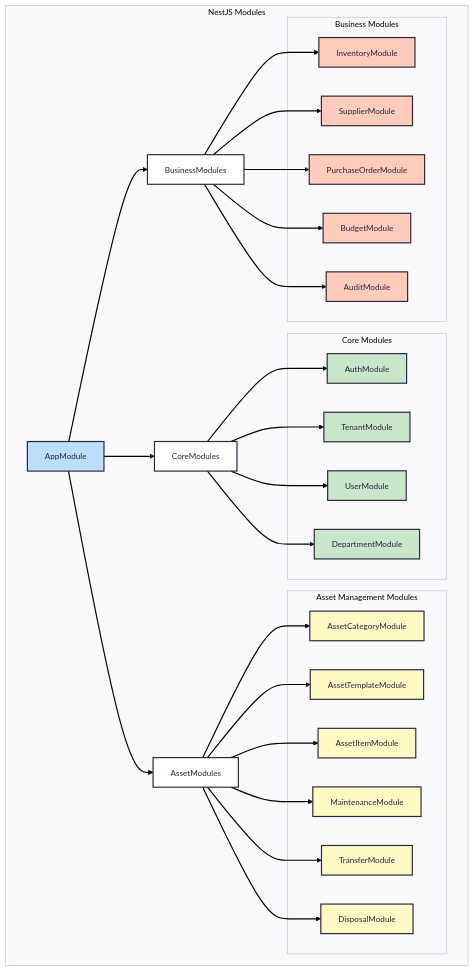
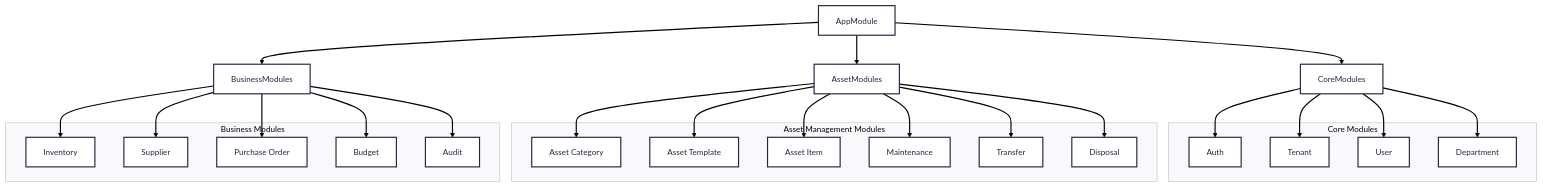
Before and after one commit to philongdanh/asset-manager: the first of 2 diagrams in docs/architecture/01-system-overview.md, drawn with Mermaid. The commit also changed other lines of this file and 1 other file, not shown here.

````diff
--- a/docs/architecture/01-system-overview.md
+++ b/docs/architecture/01-system-overview.md
@@ -37,61 +37,35 @@
 ```mermaid
 ---
 config:
   theme: redux
   layout: dagre
   themeVariables:
     fontFamily: EB Garamond
 ---
 flowchart TB
  subgraph subGraph0["Core Modules"]
-        AuthModule["AuthModule"]
-        TenantModule["TenantModule"]
-        UserModule["UserModule"]
-        DepartmentModule["DepartmentModule"]
+        AuthModule["Auth"]
+        TenantModule["Tenant"]
+        UserModule["User"]
+        DepartmentModule["Department"]
   end
  subgraph subGraph1["Asset Management Modules"]
-        AssetCategoryModule["AssetCategoryModule"]
-        AssetTemplateModule["AssetTemplateModule"]
-        AssetItemModule["AssetItemModule"]
-        MaintenanceModule["MaintenanceModule"]
-        TransferModule["TransferModule"]
-        DisposalModule["DisposalModule"]
+        AssetCategoryModule["Asset Category"]
+        AssetTemplateModule["Asset Template"]
+        AssetItemModule["Asset Item"]
+        MaintenanceModule["Maintenance"]
+        TransferModule["Transfer"]
+        DisposalModule["Disposal"]
   end
  subgraph subGraph2["Business Modules"]
-        InventoryModule["InventoryModule"]
-        SupplierModule["SupplierModule"]
-        PurchaseOrderModule["PurchaseOrderModule"]
-        BudgetModule["BudgetModule"]
-        AuditModule["AuditModule"]
-  end
- subgraph subGraph3["NestJS Modules"]
-        AppModule["AppModule"]
-        subGraph0
-        subGraph1
-        subGraph2
-        CoreModules["CoreModules"]
-        AssetModules["AssetModules"]
-        BusinessModules["BusinessModules"]
+        InventoryModule["Inventory"]
+        SupplierModule["Supplier"]
+        PurchaseOrderModule["Purchase Order"]
+        BudgetModule["Budget"]
+        AuditModule["Audit"]
   end
     AppModule --> CoreModules & AssetModules & BusinessModules
     CoreModules --> AuthModule & TenantModule & UserModule & DepartmentModule
     AssetModules --> AssetCategoryModule & AssetTemplateModule & AssetItemModule & MaintenanceModule & TransferModule & DisposalModule
     BusinessModules --> InventoryModule & SupplierModule & PurchaseOrderModule & BudgetModule & AuditModule
-
-    style AuthModule fill:#c8e6c9
-    style TenantModule fill:#c8e6c9
-    style UserModule fill:#c8e6c9
-    style DepartmentModule fill:#c8e6c9
-    style AssetCategoryModule fill:#fff9c4
-    style AssetTemplateModule fill:#fff9c4
-    style AssetItemModule fill:#fff9c4
-    style MaintenanceModule fill:#fff9c4
-    style TransferModule fill:#fff9c4
-    style DisposalModule fill:#fff9c4
-    style InventoryModule fill:#ffccbc
-    style SupplierModule fill:#ffccbc
-    style PurchaseOrderModule fill:#ffccbc
-    style BudgetModule fill:#ffccbc
-    style AuditModule fill:#ffccbc
-    style AppModule fill:#bbdefb
 ```
````
